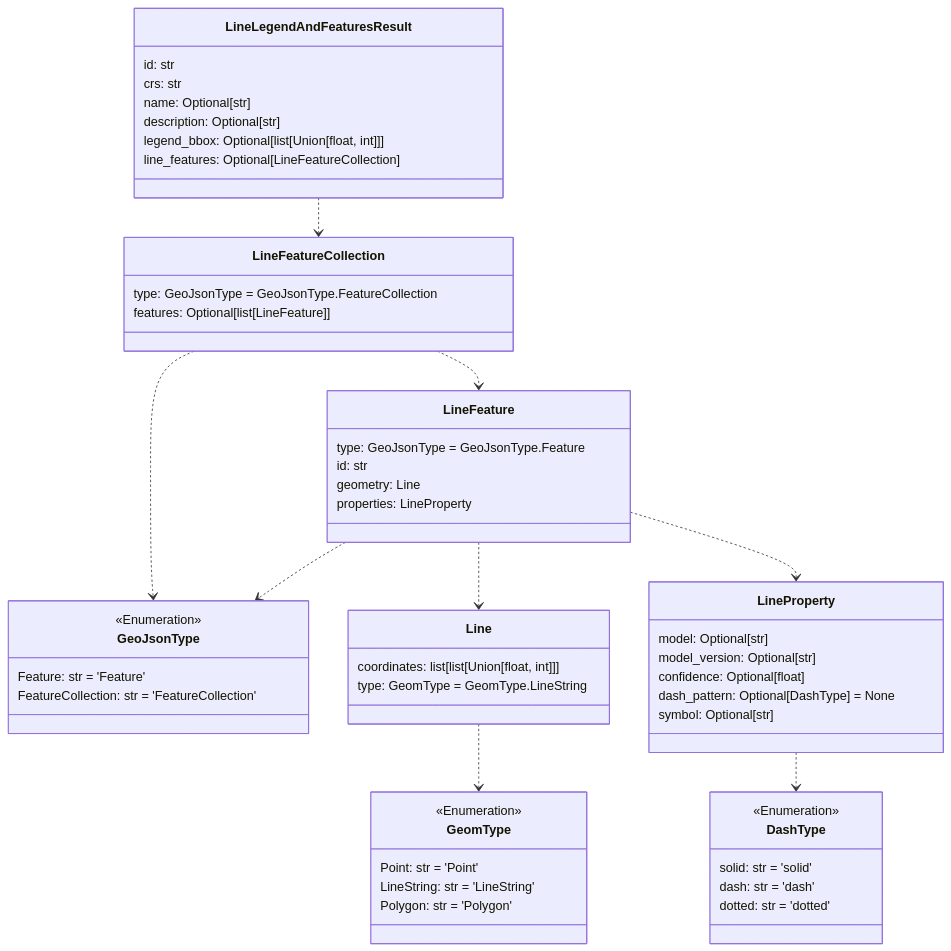
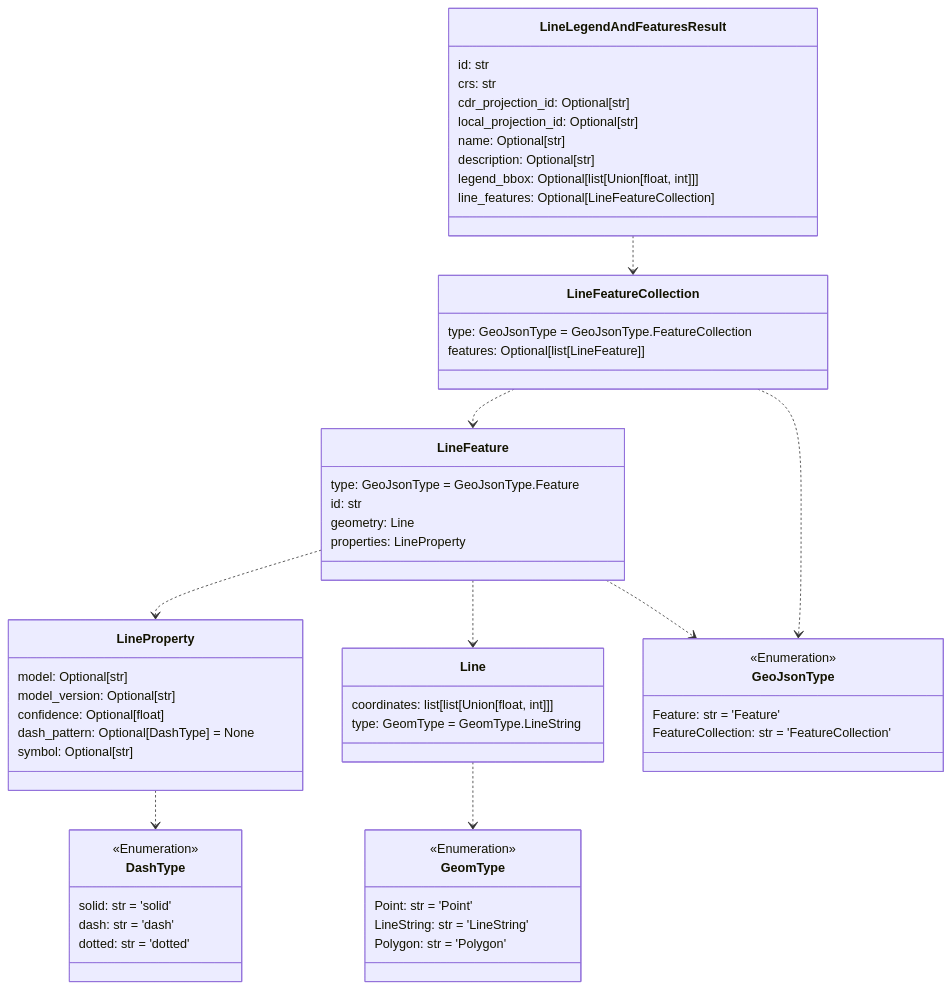
The fifth of 6 diagrams in README.md (DARPA-CRITICALMAAS/cdr_schemas), drawn with Mermaid before and after one commit. The commit also changed other lines of this file and 4 other files, not shown here.

````diff
--- a/README.md
+++ b/README.md
@@ -333,68 +342,70 @@
 ```mermaid
 classDiagram
 
     class LineLegendAndFeaturesResult {
         id: str
         crs: str
+        cdr_projection_id: Optional[str]
+        local_projection_id: Optional[str]
         name: Optional[str]
         description: Optional[str]
         legend_bbox: Optional[list[Union[float, int]]]
         line_features: Optional[LineFeatureCollection]
     }
 
-    class GeoJsonType {
-        <<Enumeration>>
-        Feature: str = 'Feature'
-        FeatureCollection: str = 'FeatureCollection'
+    class Line {
+        coordinates: list[list[Union[float, int]]]
+        type: GeomType = GeomType.LineString
     }
 
     class LineFeatureCollection {
         type: GeoJsonType = GeoJsonType.FeatureCollection
         features: Optional[list[LineFeature]]
     }
 
+    class GeomType {
+        <<Enumeration>>
+        Point: str = 'Point'
+        LineString: str = 'LineString'
+        Polygon: str = 'Polygon'
+    }
+
+    class LineFeature {
+        type: GeoJsonType = GeoJsonType.Feature
+        id: str
+        geometry: Line
+        properties: LineProperty
+    }
+
     class DashType {
         <<Enumeration>>
         solid: str = 'solid'
         dash: str = 'dash'
         dotted: str = 'dotted'
-    }
-
-    class Line {
-        coordinates: list[list[Union[float, int]]]
-        type: GeomType = GeomType.LineString
     }
 
     class LineProperty {
         model: Optional[str]
         model_version: Optional[str]
         confidence: Optional[float]
         dash_pattern: Optional[DashType] = None
         symbol: Optional[str]
     }
 
-    class LineFeature {
-        type: GeoJsonType = GeoJsonType.Feature
-        id: str
-        geometry: Line
-        properties: LineProperty
-    }
-
-    class GeomType {
+    class GeoJsonType {
         <<Enumeration>>
-        Point: str = 'Point'
-        LineString: str = 'LineString'
-        Polygon: str = 'Polygon'
+        Feature: str = 'Feature'
+        FeatureCollection: str = 'FeatureCollection'
     }
 
     Line ..> GeomType
     LineProperty ..> DashType
     LineFeature ..> GeoJsonType
+    LineFeature ..> LineProperty
     LineFeature ..> Line
-    LineFeature ..> LineProperty
     LineFeatureCollection ..> GeoJsonType
     LineFeatureCollection ..> LineFeature
     LineLegendAndFeaturesResult ..> LineFeatureCollection
 
 
 ```
````
